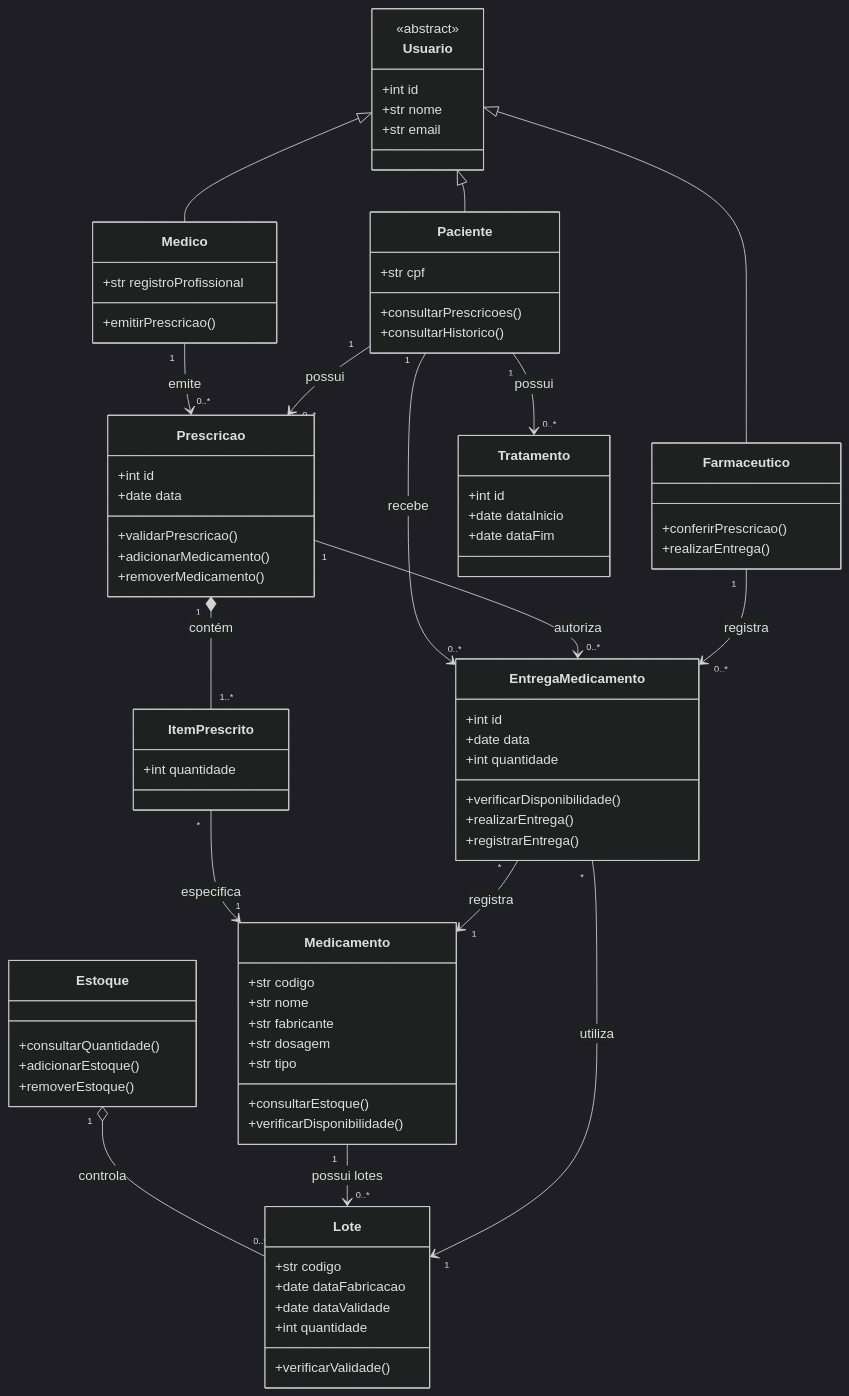
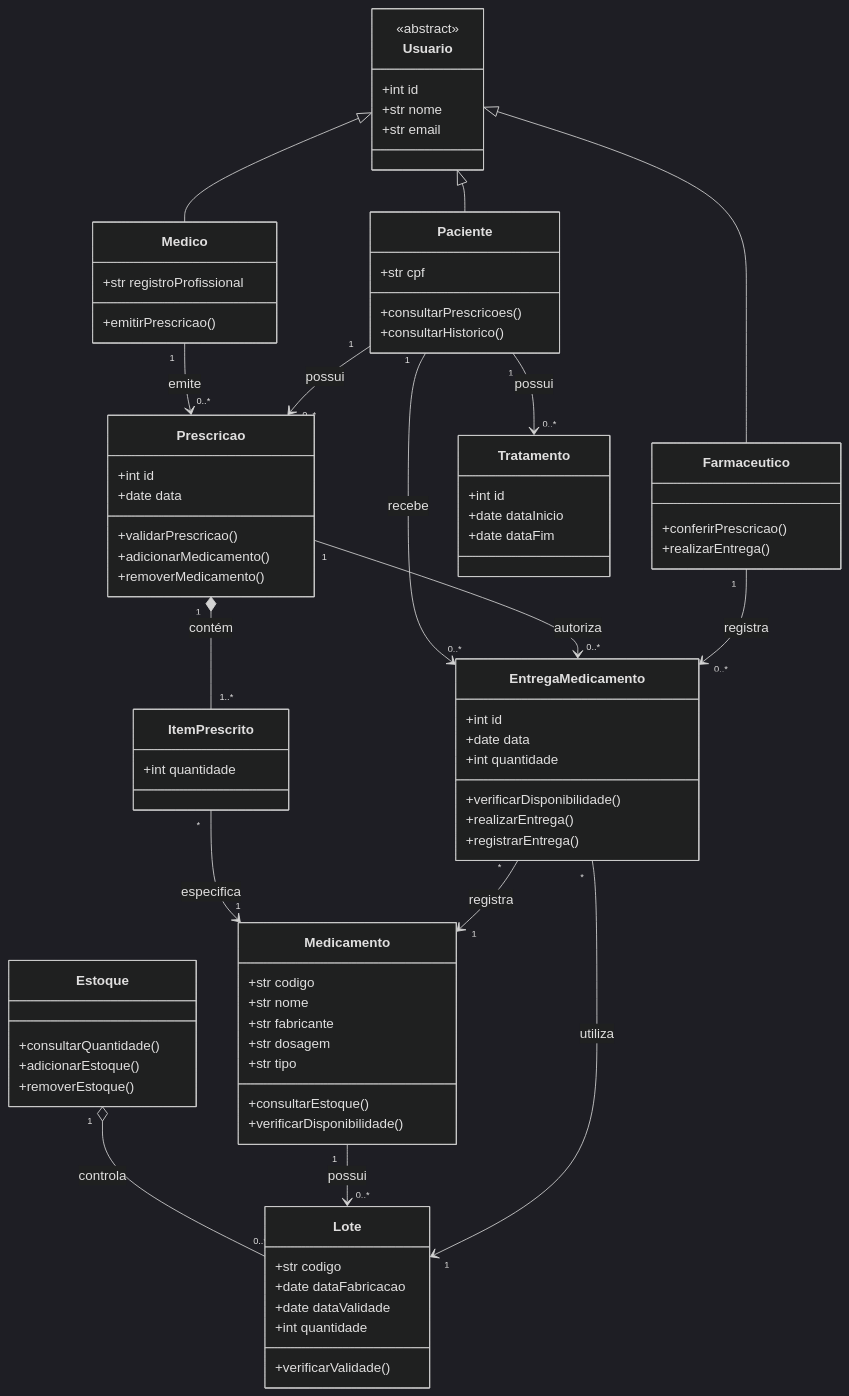
Before and after one commit to Gabrielferso/PharmaCare-POO-Final: the second of 2 diagrams in README.md, drawn with Mermaid (dark theme).

```diff
--- a/README.md
+++ b/README.md
@@ -447,7 +447,7 @@
 
     Paciente "1" --> "0..*" Tratamento : possui
     Estoque "1" o-- "0..*" Lote : controla
-    Medicamento "1" --> "0..*" Lote : possui lotes
+    Medicamento "1" --> "0..*" Lote : possui
 
     Paciente "1" --> "0..*" EntregaMedicamento : recebe
     Prescricao "1" --> "0..*" EntregaMedicamento : autoriza
```
